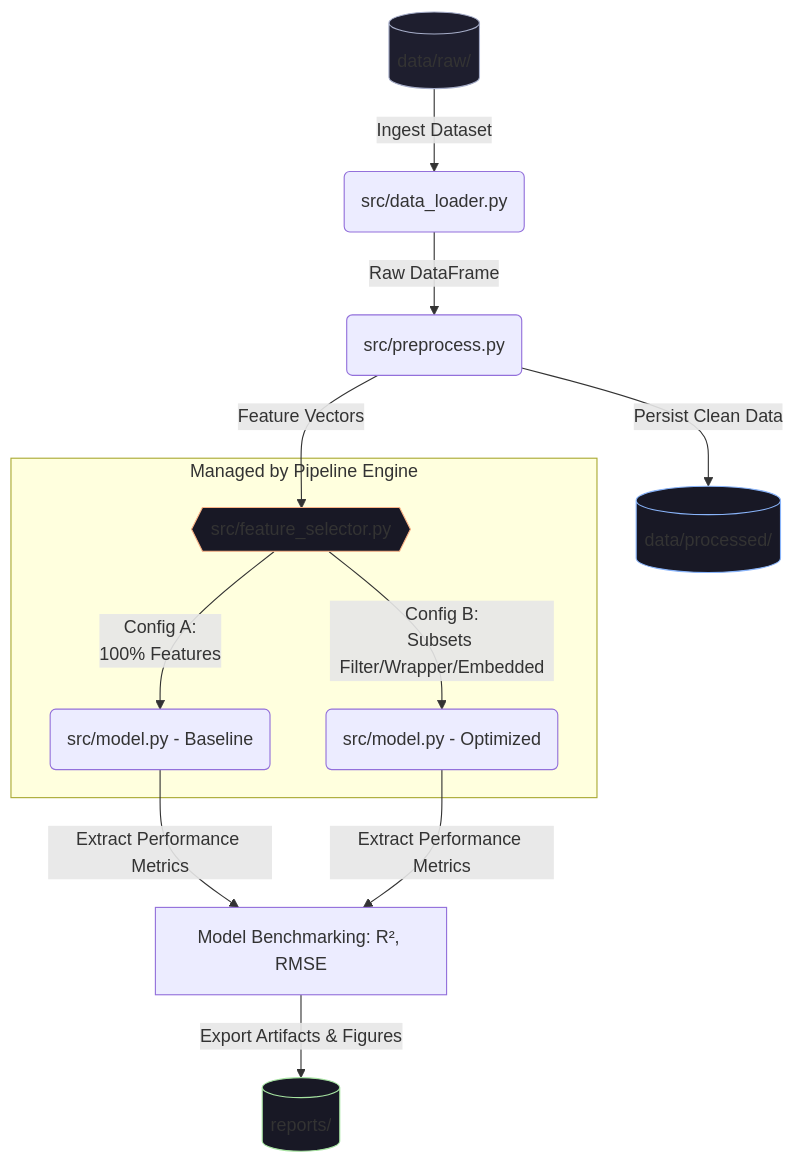
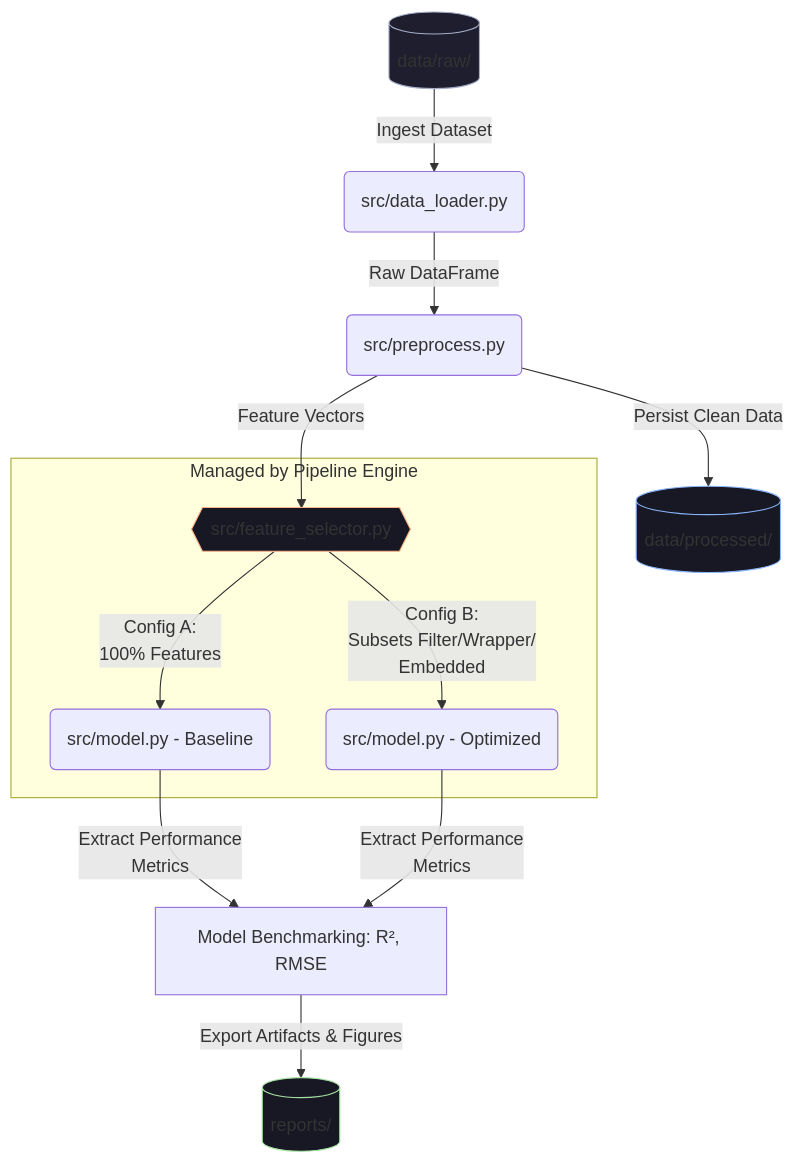
Before and after one commit to AIVIETNAM-AIO-trungcan/Impact_of_Feature_Collection_on_Linear_Regression: the diagram in README.md, drawn with Mermaid.

Commit message:
Fix formatting in README for clarity

````diff
--- a/README.md
+++ b/README.md
@@ -12,27 +12,27 @@
 ```mermaid
 graph TD
     %% Data Ingestion Layer
     RawData[(data/raw/)] -->|Ingest Dataset| DataLoader(src/data_loader.py)
     DataLoader -->|Raw DataFrame| Preprocess(src/preprocess.py)
     Preprocess -->|Persist Clean Data| ProcessedData[(data/processed/)]
     
     %% Feature Selection Loop (Experimental Stage)
     Preprocess -->|Feature Vectors| FeatureSelector{{src/feature_selector.py}}
     
     subgraph Experimental Evaluation Loop [Managed by Pipeline Engine]
         FeatureSelector -->|Config A:<br>100% Features| ModelBaseline(src/model.py - Baseline)
-        FeatureSelector -->|Config B:<br>Subsets Filter/Wrapper/Embedded| ModelOptimized(src/model.py - Optimized)
+        FeatureSelector -->|Config B:<br>Subsets Filter/Wrapper/<br>Embedded| ModelOptimized(src/model.py - Optimized)
     end
     
     %% Evaluation & Academic Reporting Layer
-    ModelBaseline -->|Extract Performance Metrics| Evaluate[Model Benchmarking: R², RMSE]
-    ModelOptimized -->|Extract Performance Metrics| Evaluate
+    ModelBaseline -->|Extract Performance<br> Metrics| Evaluate[Model Benchmarking: R², RMSE]
+    ModelOptimized -->|Extract Performance<br> Metrics| Evaluate
     
     Evaluate -->|Export Artifacts & Figures| Reports[(reports/)]
 
     %% Schematic Formatting
     style RawData fill:#1e1e2e,stroke:#a6adc8,stroke-width:1px
     style ProcessedData fill:#181825,stroke:#89b4fa,stroke-width:1px
     style Reports fill:#181825,stroke:#a6e3a1,stroke-width:1px
     style FeatureSelector fill:#181825,stroke:#fab387,stroke-width:1px
 ```
````
